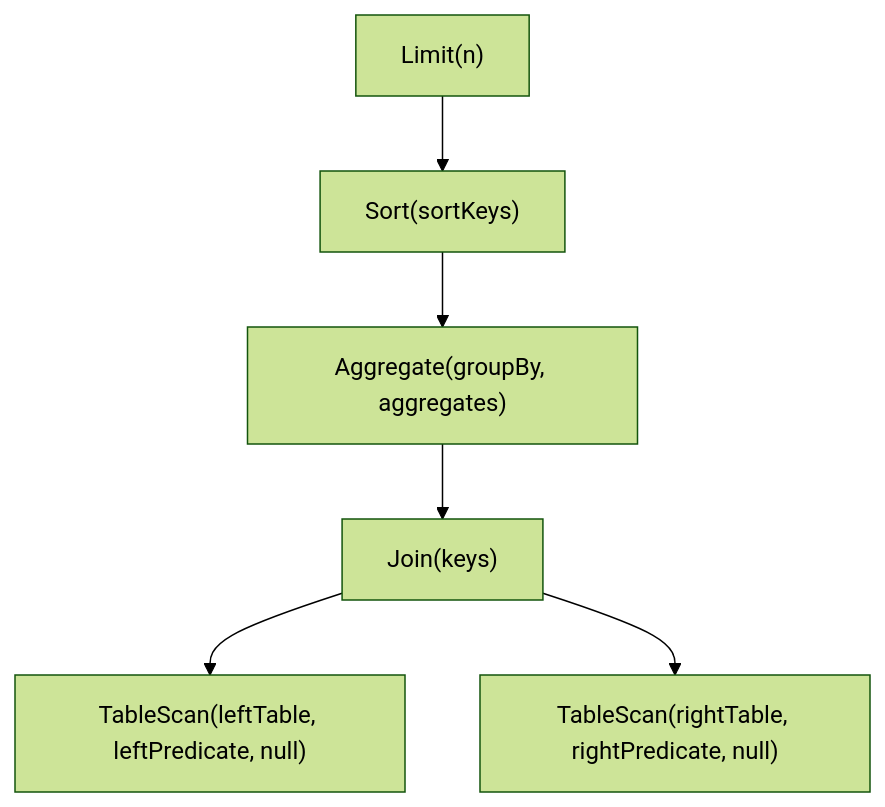
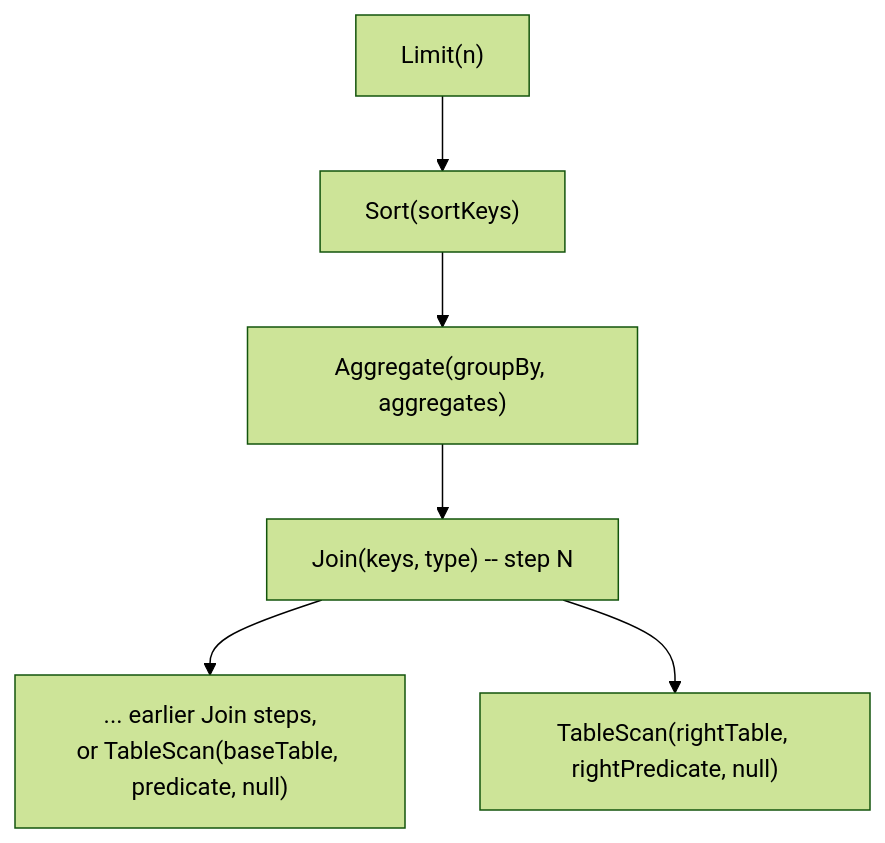
The third of 3 diagrams in docs/diagrams/sql-engine-logical-plan.md (codelabuk/labukDB), drawn with Mermaid (forest theme) before and after one commit. The commit also changed other lines of this file and 20 other files, not shown here.

````diff
--- a/docs/diagrams/sql-engine-logical-plan.md
+++ b/docs/diagrams/sql-engine-logical-plan.md
@@ -56,8 +55,8 @@
 ```mermaid
 flowchart TB
     A1["Limit(n)"] --> A2["Sort(sortKeys)"]
     A2 --> A3["Aggregate(groupBy, aggregates)"]
-    A3 --> A4J["Join(keys)"]
-    A4J --> A5L["TableScan(leftTable, leftPredicate, null)"]
+    A3 --> A4J["Join(keys, type) -- step N"]
+    A4J --> A5L["... earlier Join steps,<br/>or TableScan(baseTable, predicate, null)"]
     A4J --> A5R["TableScan(rightTable, rightPredicate, null)"]
 ```
````
